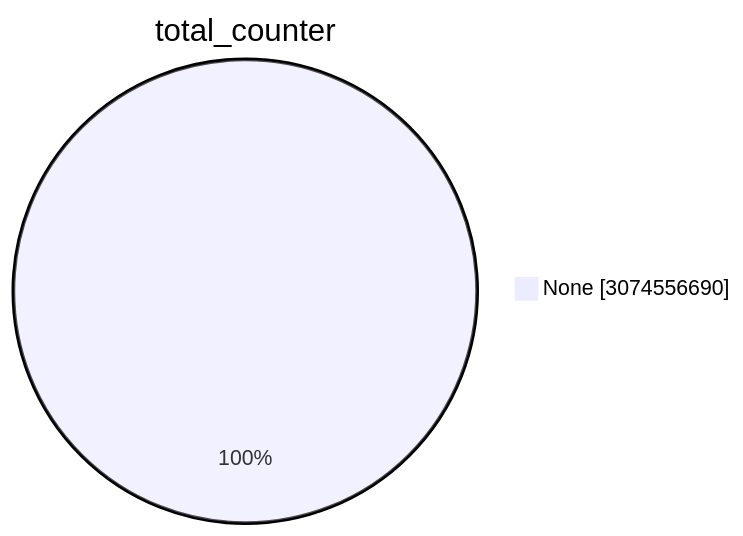
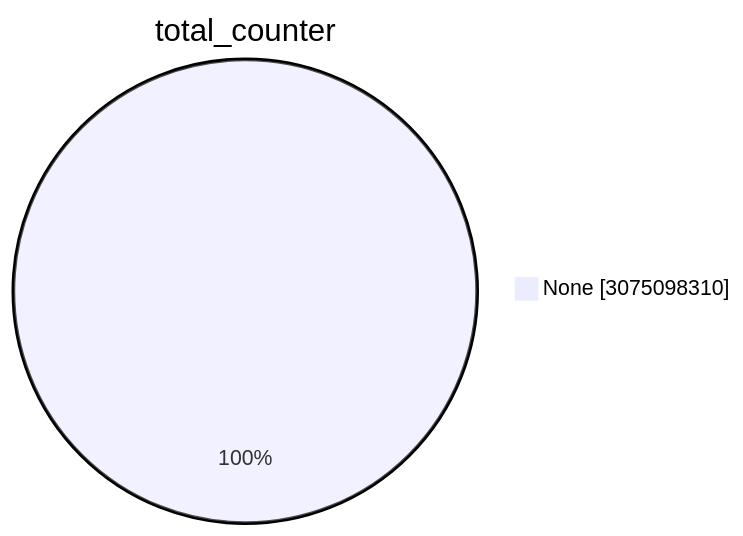
One commit to christiankrug/ctmonitor_visualization changed the first of 15 diagrams in TOTAL/README.md. Above: the diagram before and after it, drawn with Mermaid. The commit also changed other lines of this file, not shown here.

````diff
--- a/TOTAL/README.md
+++ b/TOTAL/README.md
@@ -1,5 +1,5 @@
 ```mermaid
 pie showData
 title total_counter
-"None" :3074556690
+"None" :3075098310
 ```
````
